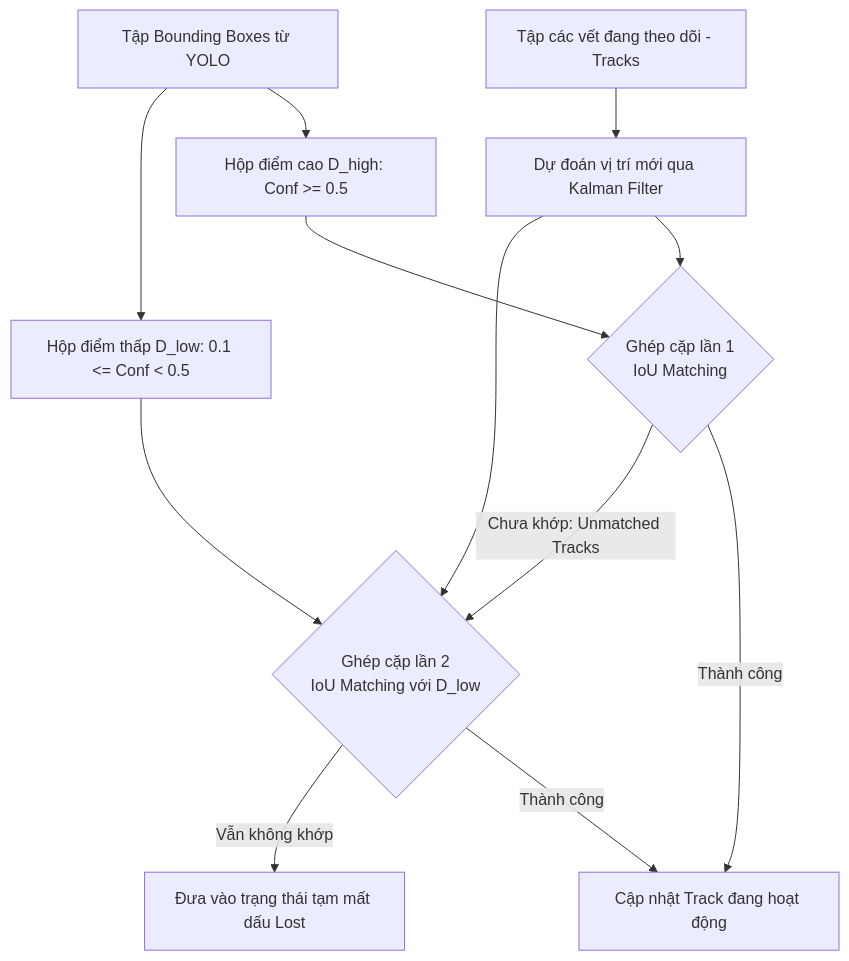
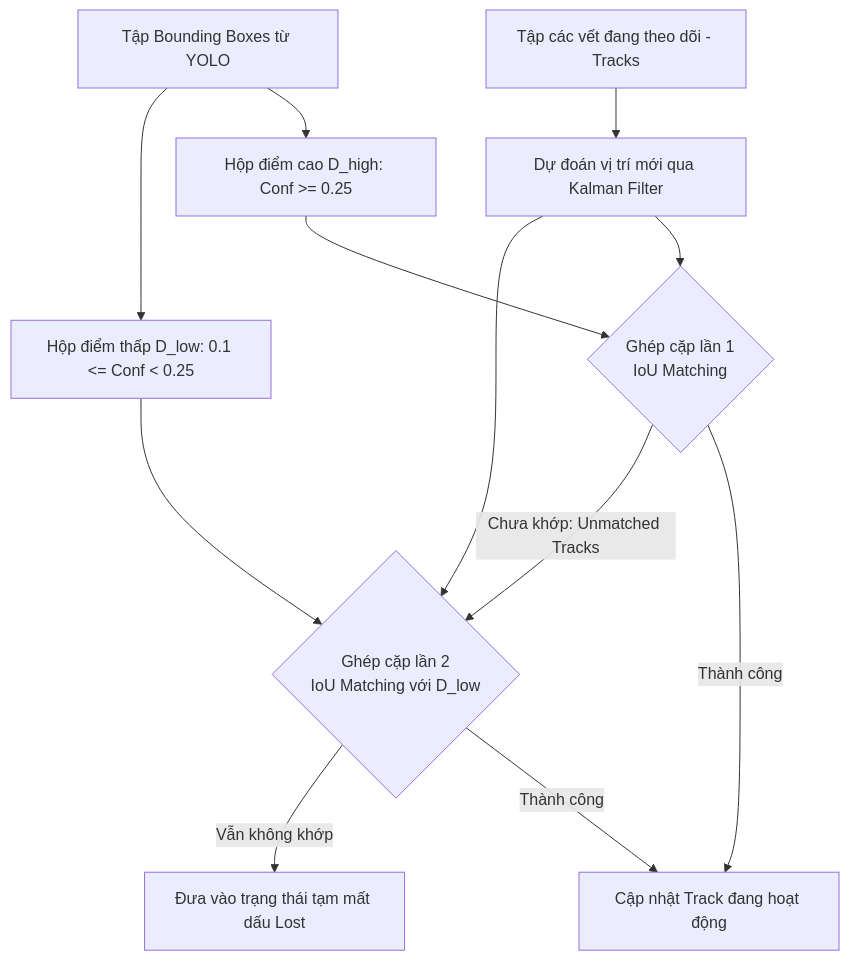
The second of 3 diagrams in docs/02_co_so_ly_thuyet.md (zindo511/HTTM), drawn with Mermaid before and after one commit. The commit also changed other lines of this file and 45 other files, not shown here.

````diff
--- a/docs/02_co_so_ly_thuyet.md
+++ b/docs/02_co_so_ly_thuyet.md
@@ -59,15 +59,15 @@
 ```mermaid
 flowchart TD
-    D[Tập Bounding Boxes từ YOLO] --> D_high[Hộp điểm cao D_high: Conf >= 0.5]
-    D --> D_low[Hộp điểm thấp D_low: 0.1 <= Conf < 0.5]
+    D[Tập Bounding Boxes từ YOLO] --> D_high[Hộp điểm cao D_high: Conf >= 0.25]
+    D --> D_low[Hộp điểm thấp D_low: 0.1 <= Conf < 0.25]
 
     T[Tập các vết đang theo dõi - Tracks] --> Predict[Dự đoán vị trí mới qua Kalman Filter]
 
     Predict & D_high --> Match1{Ghép cặp lần 1<br>IoU Matching}
     Match1 -- Thành công --> T_active[Cập nhật Track đang hoạt động]
     Match1 -- Chưa khớp: Unmatched Tracks --> Match2{Ghép cặp lần 2<br>IoU Matching với D_low}
 
     Predict & D_low --> Match2
     Match2 -- Thành công --> T_active
     Match2 -- Vẫn không khớp --> T_lost[Đưa vào trạng thái tạm mất dấu Lost]
 ```
````
